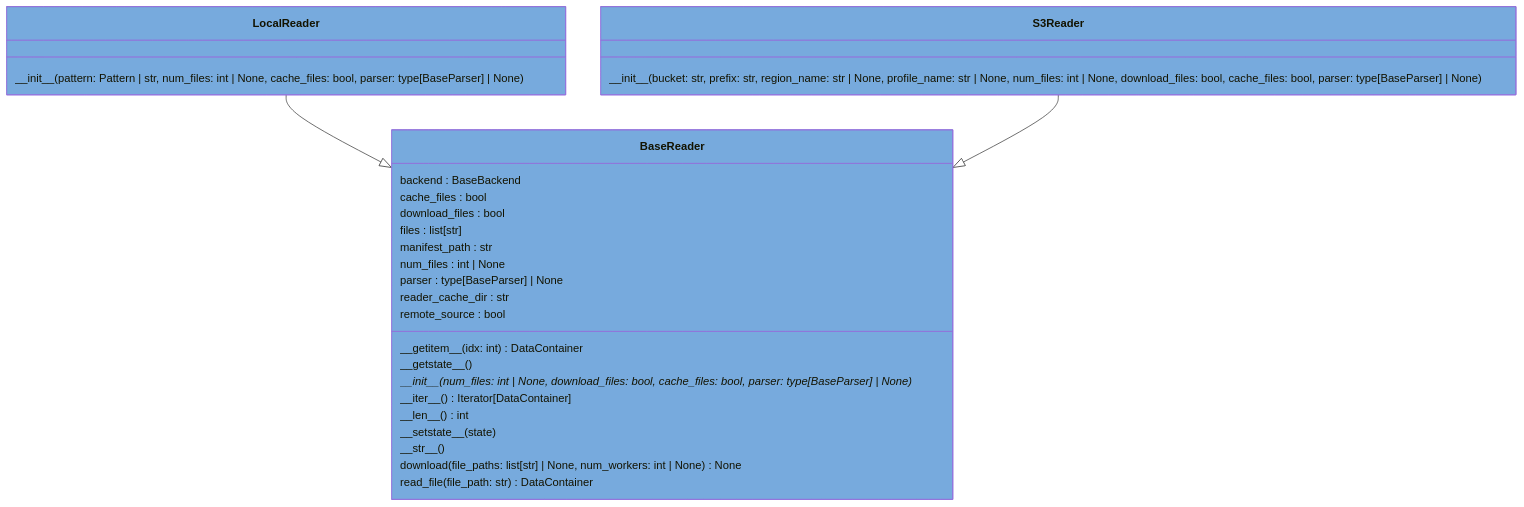
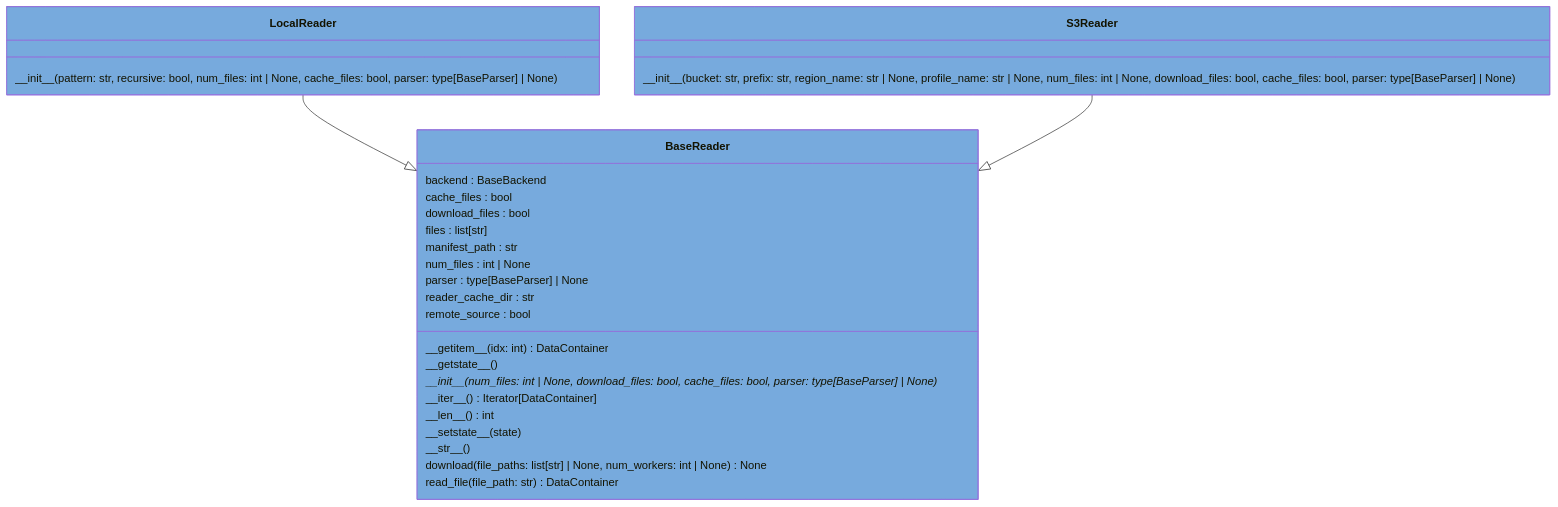
The diagram in docs/pyreverse/mermaid/classes_pythermondt.readers.mmd (voidsy-gmbh/pyThermoNDT), drawn with Mermaid before and after one commit. The commit also changed 18 other files, not shown here.

```diff
--- a/docs/pyreverse/mermaid/classes_pythermondt.readers.mmd
+++ b/docs/pyreverse/mermaid/classes_pythermondt.readers.mmd
@@ -1,32 +1,32 @@
 classDiagram
   class BaseReader {
     backend : BaseBackend
     cache_files : bool
     download_files : bool
     files : list[str]
     manifest_path : str
     num_files : int | None
     parser : type[BaseParser] | None
     reader_cache_dir : str
     remote_source : bool
     \_\_getitem\_\_(idx: int) DataContainer
     \_\_getstate\_\_()
     \_\_init\_\_(num_files: int | None, download_files: bool, cache_files: bool, parser: type[BaseParser] | None)*
     \_\_iter\_\_() Iterator[DataContainer]
     \_\_len\_\_() int
     \_\_setstate\_\_(state)
     \_\_str\_\_()
     download(file_paths: list[str] | None, num_workers: int | None) None
     read_file(file_path: str) DataContainer
   }
   style BaseReader fill:#77AADD
   class LocalReader {
-    \_\_init\_\_(pattern: Pattern | str, num_files: int | None, cache_files: bool, parser: type[BaseParser] | None)
+    \_\_init\_\_(pattern: str, recursive: bool, num_files: int | None, cache_files: bool, parser: type[BaseParser] | None)
   }
   style LocalReader fill:#77AADD
   class S3Reader {
     \_\_init\_\_(bucket: str, prefix: str, region_name: str | None, profile_name: str | None, num_files: int | None, download_files: bool, cache_files: bool, parser: type[BaseParser] | None)
   }
   style S3Reader fill:#77AADD
   LocalReader --|> BaseReader
   S3Reader --|> BaseReader
```
